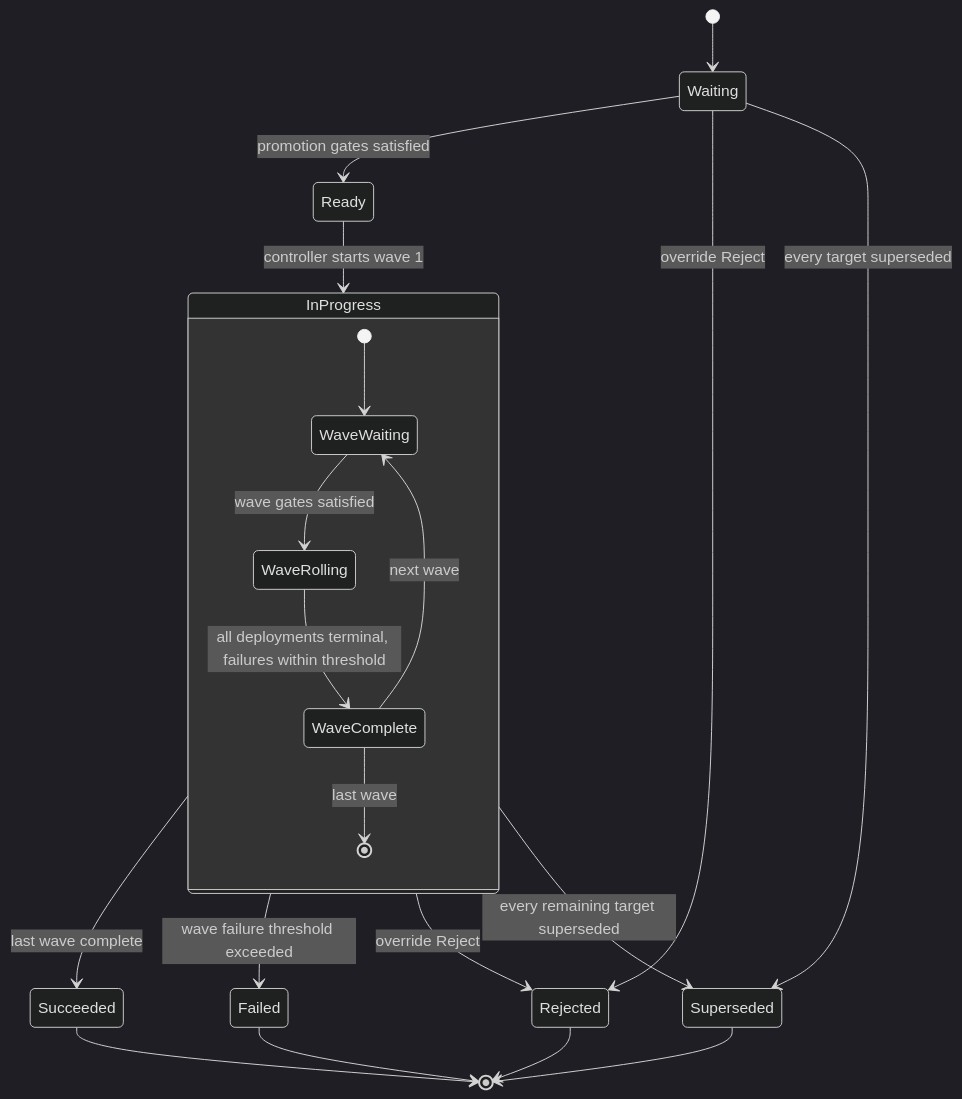
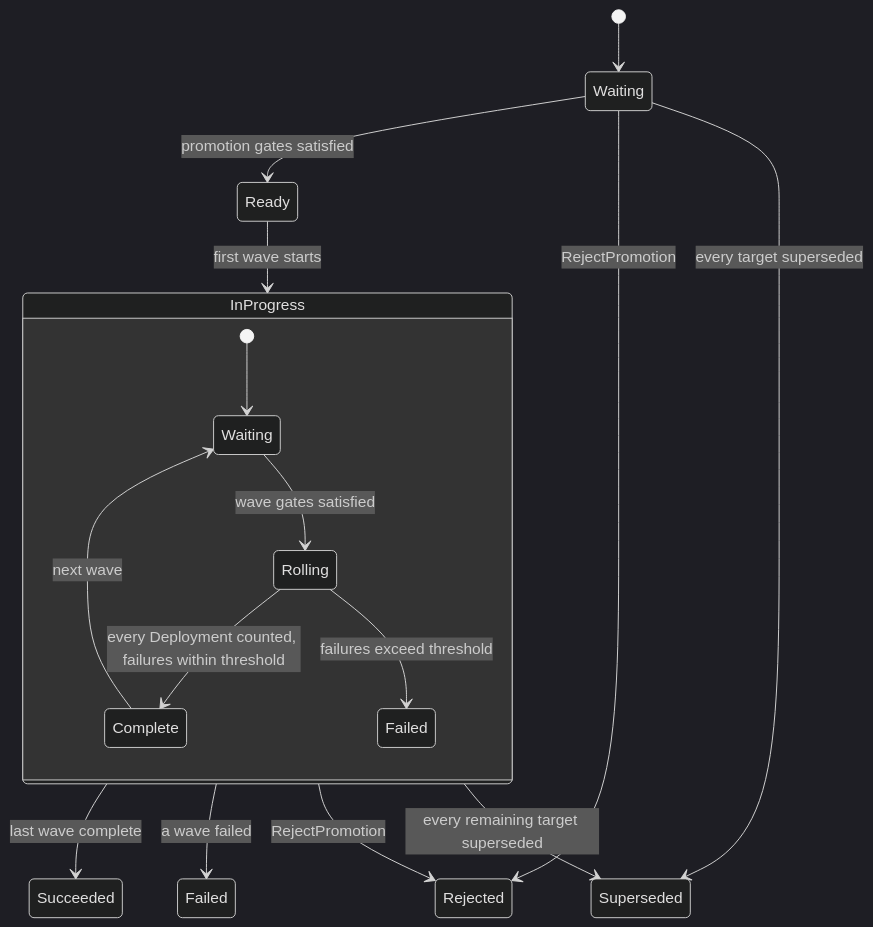
One commit to nirnanaaa/konfidence changed the first of 3 diagrams in docs/design/05-promotion-and-rollout.md. Above: the diagram before and after it, drawn with Mermaid (dark theme). The commit also changed other lines of this file and 12 other files, not shown here.

Commit message:
docs(design): apply adversarial review, add roadmap and ADR-0001

````diff
--- a/docs/design/05-promotion-and-rollout.md
+++ b/docs/design/05-promotion-and-rollout.md
@@ -150,23 +102,21 @@
 ```mermaid
 stateDiagram-v2
     [*] --> Waiting
     Waiting --> Ready: promotion gates satisfied
-    Waiting --> Rejected: override Reject
-    Waiting --> Superseded: every target superseded
-    Ready --> InProgress: controller starts wave 1
+    Ready --> InProgress: first wave starts
     state InProgress {
+        state "Waiting" as WaveWaiting
+        state "Failed" as WaveFailed
         [*] --> WaveWaiting
-        WaveWaiting --> WaveRolling: wave gates satisfied
-        WaveRolling --> WaveComplete: all deployments terminal, failures within threshold
-        WaveComplete --> WaveWaiting: next wave
-        WaveComplete --> [*]: last wave
+        WaveWaiting --> Rolling: wave gates satisfied
+        Rolling --> Complete: every Deployment counted, failures within threshold
+        Rolling --> WaveFailed: failures exceed threshold
+        Complete --> WaveWaiting: next wave
     }
     InProgress --> Succeeded: last wave complete
-    InProgress --> Failed: wave failure threshold exceeded
-    InProgress --> Rejected: override Reject
+    InProgress --> Failed: a wave failed
+    Waiting --> Rejected: RejectPromotion
+    InProgress --> Rejected: RejectPromotion
+    Waiting --> Superseded: every target superseded
     InProgress --> Superseded: every remaining target superseded
-    Succeeded --> [*]
-    Failed --> [*]
-    Rejected --> [*]
-    Superseded --> [*]
 ```
````
